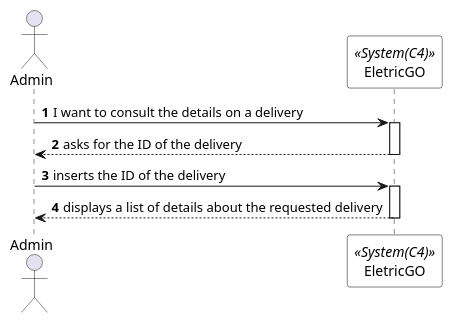
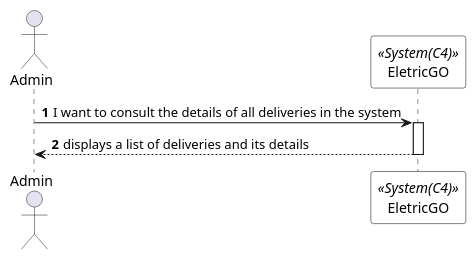
Before and after one commit to 0franciscor/dei_3dj_057: the diagram in Documents/1201239/.puml/L1/Process View/listDeliverySSD.puml, drawn with PlantUML. The commit also changed 8 other files, not shown here.

Commit message:
#5 Level 1 Refactor aos diagramas

```diff
--- a/Documents/1201239/.puml/L1/Process View/listDeliverySSD.puml
+++ b/Documents/1201239/.puml/L1/Process View/listDeliverySSD.puml
@@ -1,28 +1,22 @@
-@startuml createDeliverySSD
+@startuml listDeliverySSD
 autonumber
 
 skinparam sequence {
 ParticipantBorderColor black
 ParticipantBackgroundColor white
 }
 
 actor Admin as admin
 participant EletricGO as system <<System(C4)>>
 
 
-admin -> system: I want to consult the details on a delivery
+admin -> system: I want to consult the details of all deliveries in the system
 activate system
 
-system --> admin: asks for the ID of the delivery
-deactivate system
-
-admin -> system: inserts the ID of the delivery
-activate system
-
-system --> admin: displays a list of details about the requested delivery
+system --> admin: displays a list of deliveries and its details
 deactivate system
 
 deactivate system
 deactivate admin
 
 @enduml
```
